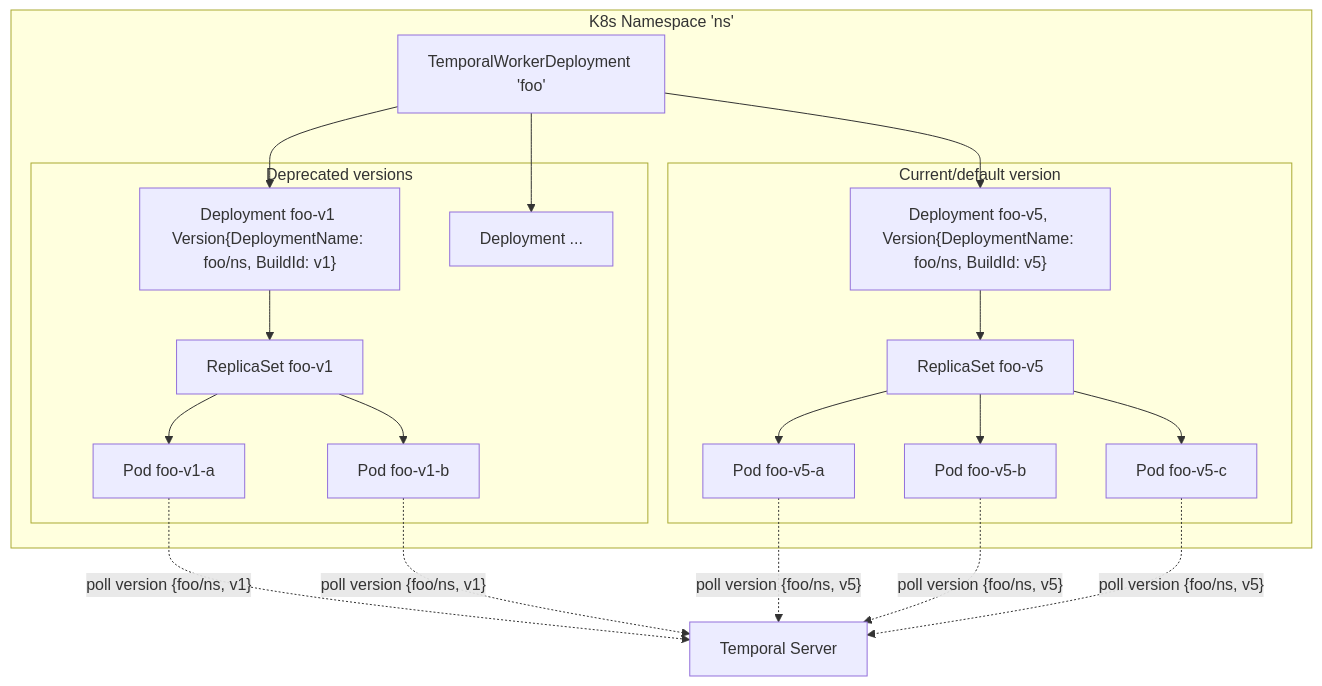
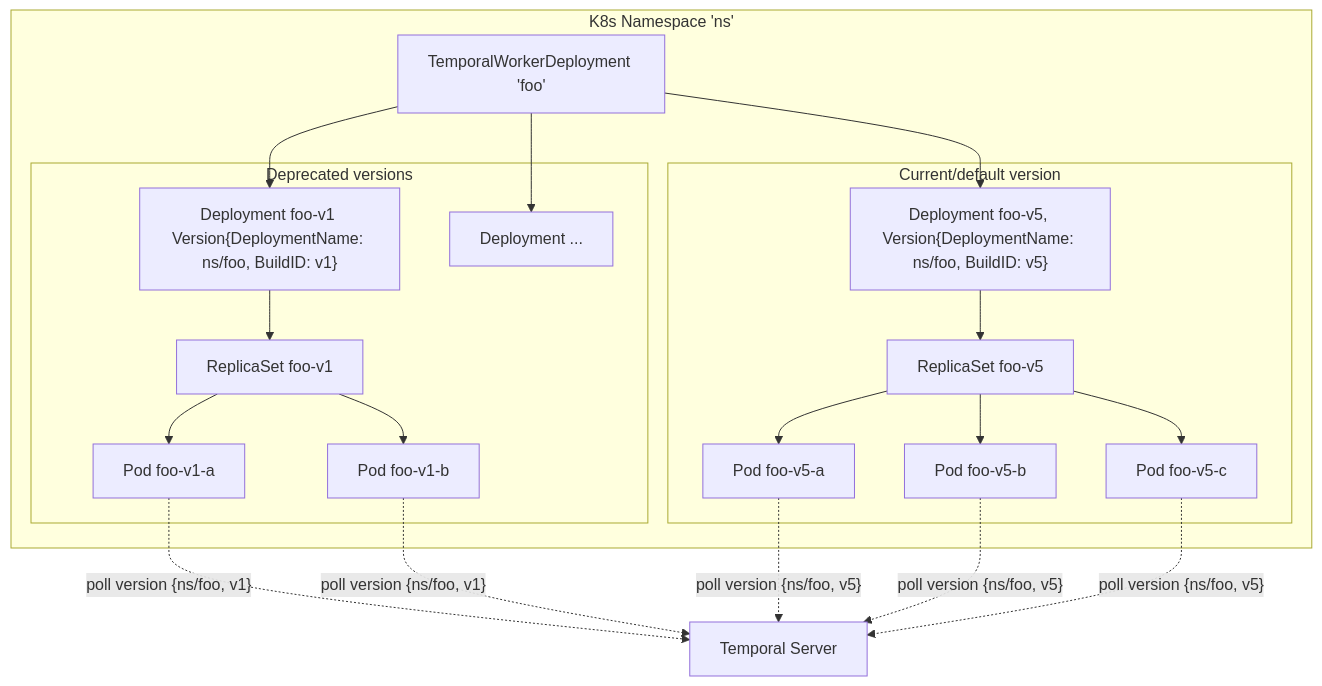
Before and after one commit to shashwatsuri/temporal-worker-controller: the first of 2 diagrams in docs/architecture.md, drawn with Mermaid. The commit also changed other lines of this file and 110 other files, not shown here.

````diff
--- a/docs/architecture.md
+++ b/docs/architecture.md
@@ -11,43 +11,43 @@
 ```mermaid
 flowchart TD
     subgraph "K8s Namespace 'ns'"
       twd[TemporalWorkerDeployment 'foo']
       
       subgraph "Current/default version"
-        d5["Deployment foo-v5, Version{DeploymentName: foo/ns, BuildId: v5}"]
+        d5["Deployment foo-v5, Version{DeploymentName: ns/foo, BuildID: v5}"]
         rs5["ReplicaSet foo-v5"]
         p5a["Pod foo-v5-a"]
         p5b["Pod foo-v5-b"]
         p5c["Pod foo-v5-c"]
         d5 --> rs5
         rs5 --> p5a
         rs5 --> p5b
         rs5 --> p5c
       end
 
       subgraph "Deprecated versions"
-        d1["Deployment foo-v1 Version{DeploymentName: foo/ns, BuildId: v1}"]
+        d1["Deployment foo-v1 Version{DeploymentName: ns/foo, BuildID: v1}"]
         rs1["ReplicaSet foo-v1"]
         p1a["Pod foo-v1-a"]
         p1b["Pod foo-v1-b"]
         d1 --> rs1
         rs1 --> p1a
         rs1 --> p1b
 
         dN["Deployment ..."]
       end
     end  
 
     twd --> d1
     twd --> dN
     twd --> d5
 
-    p1a -. "poll version {foo/ns, v1}" .-> server
-    p1b -. "poll version {foo/ns, v1}" .-> server
+    p1a -. "poll version {ns/foo, v1}" .-> server
+    p1b -. "poll version {ns/foo, v1}" .-> server
 
-    p5a -. "poll version {foo/ns, v5}" .-> server
-    p5b -. "poll version {foo/ns, v5}" .-> server
-    p5c -. "poll version {foo/ns, v5}" .-> server
+    p5a -. "poll version {ns/foo, v5}" .-> server
+    p5b -. "poll version {ns/foo, v5}" .-> server
+    p5c -. "poll version {ns/foo, v5}" .-> server
 
     server["Temporal Server"]
 ```
````
